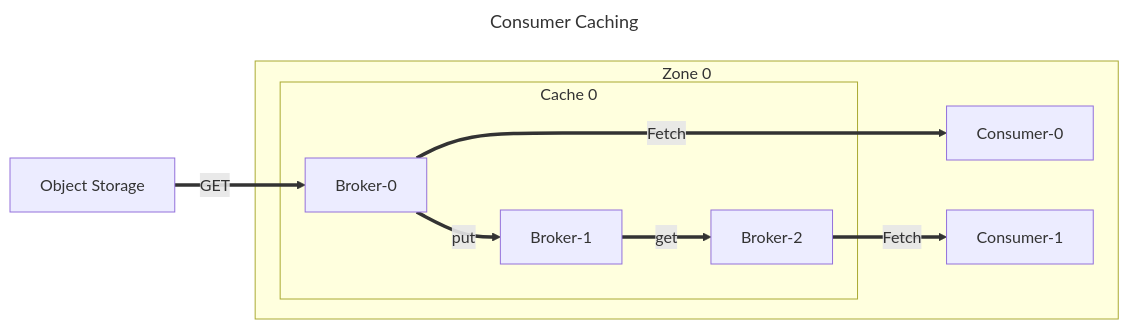
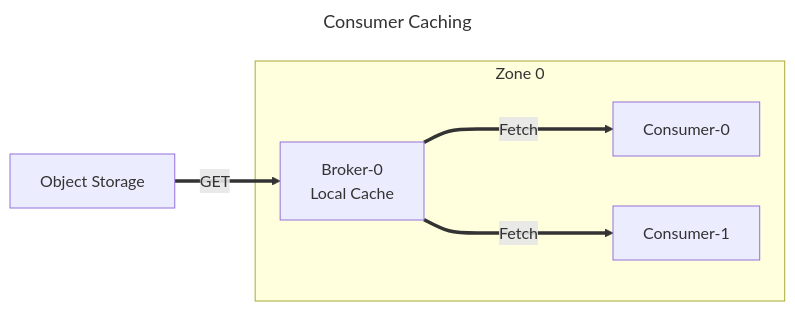
The fifth of 5 diagrams in docs/inkless/ARCHITECTURE.md (aiven/inkless), drawn with Mermaid before and after one commit. The commit also changed other lines of this file, not shown here.

Commit message:
docs(inkless): update architecture diagram

````diff
--- a/docs/inkless/ARCHITECTURE.md
+++ b/docs/inkless/ARCHITECTURE.md
@@ -142,21 +133,16 @@
 ```mermaid
 ---
 title: Consumer Caching
 ---
 flowchart LR
     subgraph AZ0[Zone 0]
-        subgraph C0[Cache 0]
-            Broker00[Broker-0]
-            Broker01[Broker-1]
-            Broker02[Broker-2]
-        end
+        Broker00[Broker-0<br/>Local Cache]
         Consumer00[Consumer-0]
         Consumer01[Consumer-1]
     end
     ObjectStorage[Object Storage]
 
-    Broker00 == put ==> Broker01
-    Broker01 == get ==> Broker02 == Fetch ==> Consumer01
     Broker00 == Fetch ====> Consumer00
+    Broker00 == Fetch ====> Consumer01
     ObjectStorage == GET ==> Broker00
 ```
````
